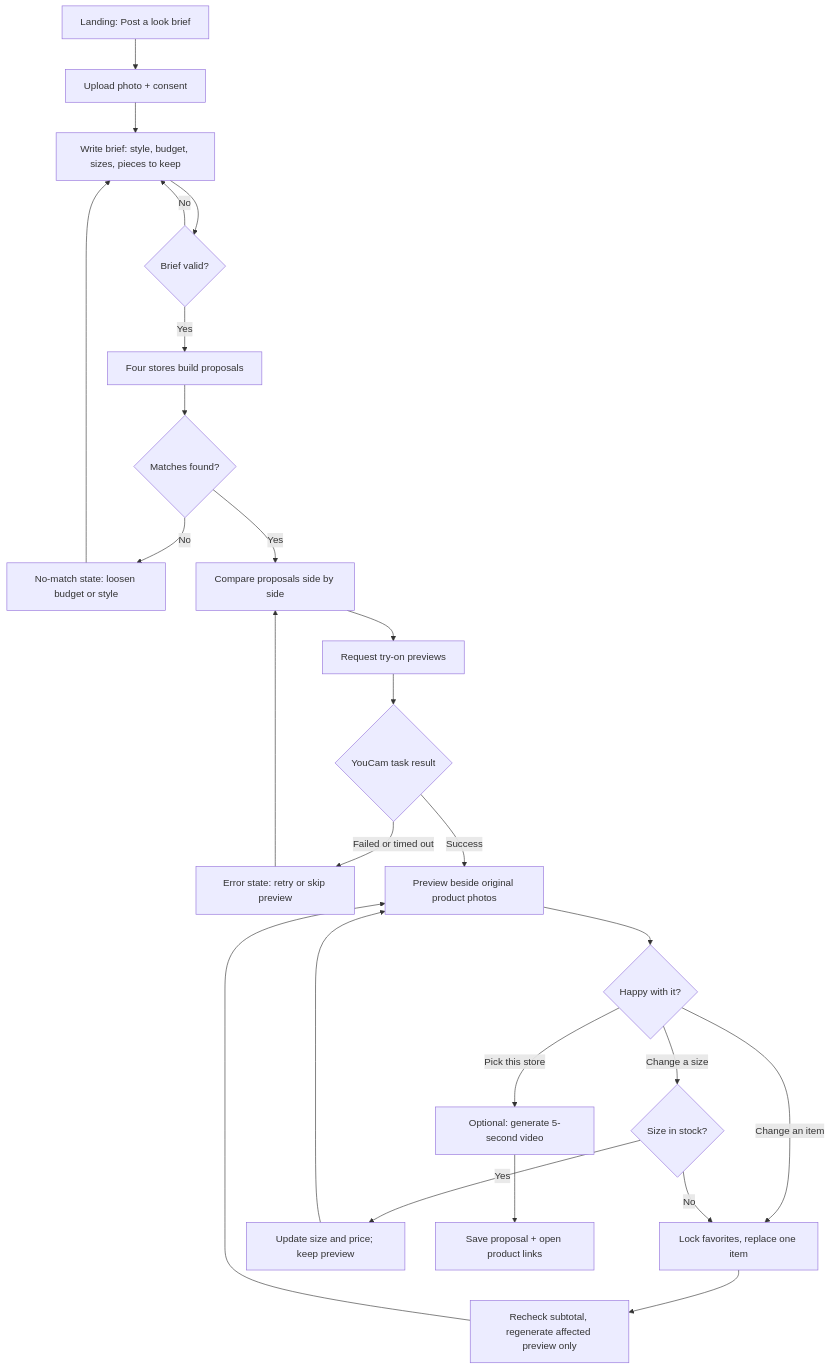
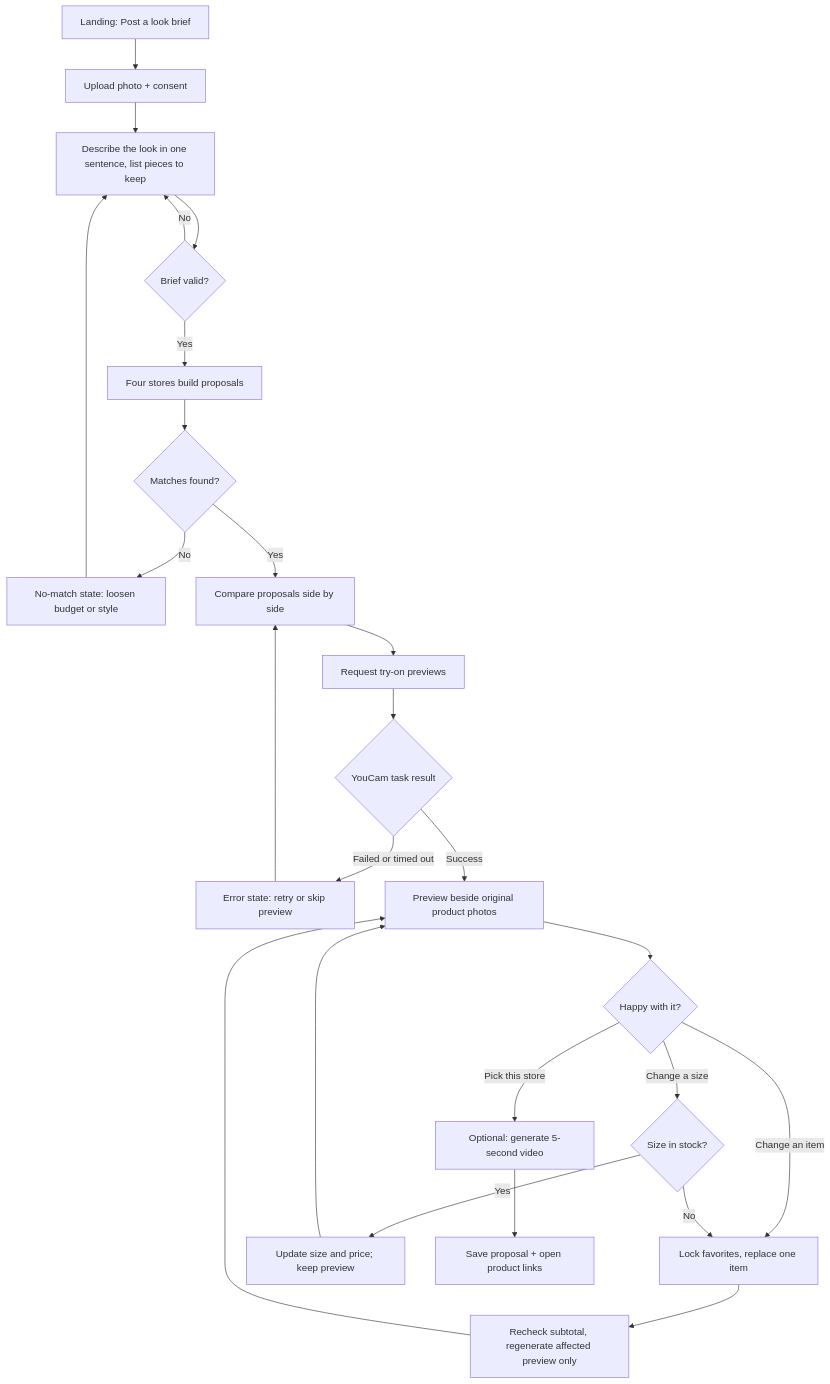
The first of 2 diagrams in docs/look-exchange-user-flow.md (Shawn-Bi/youcam-2), drawn with Mermaid before and after one commit. The commit also changed other lines of this file and 3 other files, not shown here.

Commit message:
docs: one-sentence brief, optional size and budget in the contract

````diff
--- a/docs/look-exchange-user-flow.md
+++ b/docs/look-exchange-user-flow.md
@@ -17,27 +17,27 @@
 ```mermaid
 flowchart TD
     A[Landing: Post a look brief] --> B[Upload photo + consent]
-    B --> C[Write brief: style, budget, sizes, pieces to keep]
+    B --> C[Describe the look in one sentence, list pieces to keep]
     C --> D{Brief valid?}
     D -- No --> C
     D -- Yes --> E[Four stores build proposals]
     E --> F{Matches found?}
     F -- No --> G[No-match state: loosen budget or style]
     G --> C
     F -- Yes --> H[Compare proposals side by side]
     H --> I[Request try-on previews]
     I --> J{YouCam task result}
     J -- Failed or timed out --> K[Error state: retry or skip preview]
     K --> H
     J -- Success --> L[Preview beside original product photos]
     L --> M{Happy with it?}
     M -- Change an item --> N[Lock favorites, replace one item]
     N --> O[Recheck subtotal, regenerate affected preview only]
     O --> L
     M -- Change a size --> S{Size in stock?}
     S -- Yes --> T[Update size and price; keep preview]
     T --> L
     S -- No --> N
     M -- Pick this store --> V[Optional: generate 5-second video]
     V --> P[Save proposal + open product links]
 ```
````
